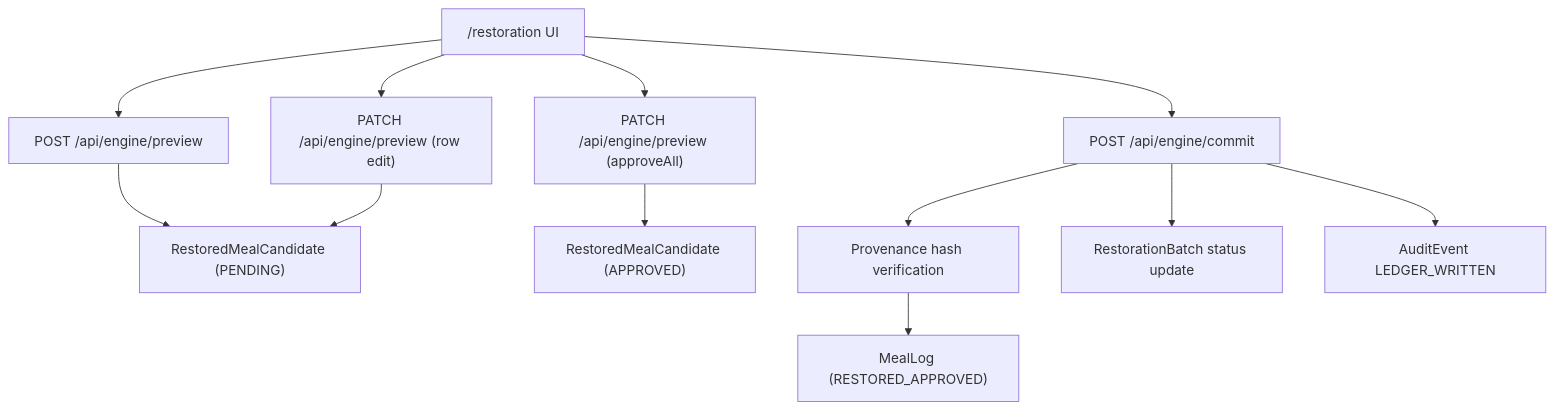
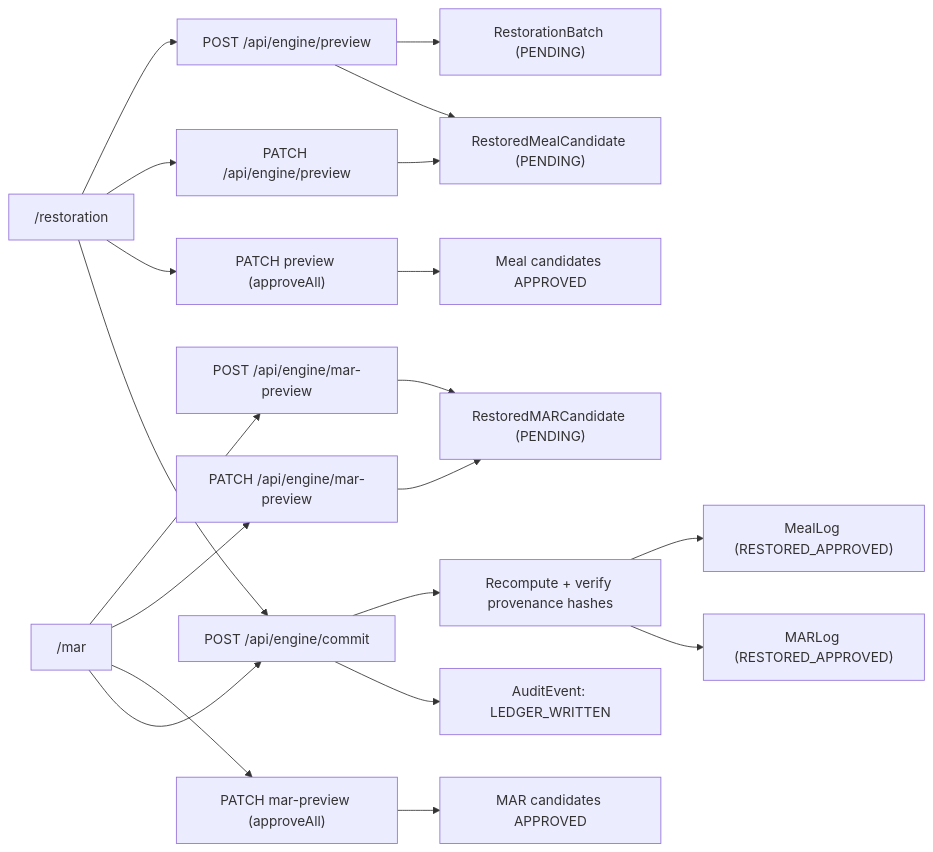
The first of 2 diagrams in src/docs/ARCHITECTURE_REFERENCE.md (gUBII/chartgen), drawn with Mermaid before and after one commit. The commit also changed other lines of this file and 7 other files, not shown here.

````diff
--- a/src/docs/ARCHITECTURE_REFERENCE.md
+++ b/src/docs/ARCHITECTURE_REFERENCE.md
@@ -105,14 +46,29 @@
 ```mermaid
-flowchart TD
-    UI["/restoration UI"] --> GEN["POST /api/engine/preview"]
-    GEN --> CAND["RestoredMealCandidate (PENDING)"]
-    UI --> EDIT["PATCH /api/engine/preview (row edit)"]
-    EDIT --> CAND
-    UI --> APPROVE["PATCH /api/engine/preview (approveAll)"]
-    APPROVE --> CANDAPP["RestoredMealCandidate (APPROVED)"]
-    UI --> COMMIT["POST /api/engine/commit"]
-    COMMIT --> VERIFY["Provenance hash verification"]
-    VERIFY --> LEDGER["MealLog (RESTORED_APPROVED)"]
-    COMMIT --> BATCH["RestorationBatch status update"]
-    COMMIT --> AUDIT["AuditEvent LEDGER_WRITTEN"]
+flowchart LR
+    UI_MEAL["/restoration"] --> PREVIEW_MEAL["POST /api/engine/preview"]
+    UI_MAR["/mar"] --> PREVIEW_MAR["POST /api/engine/mar-preview"]
+
+    PREVIEW_MEAL --> BATCH["RestorationBatch (PENDING)"]
+    PREVIEW_MEAL --> CAND_MEAL["RestoredMealCandidate (PENDING)"]
+    PREVIEW_MAR --> CAND_MAR["RestoredMARCandidate (PENDING)"]
+
+    UI_MEAL --> PATCH_MEAL["PATCH /api/engine/preview"]
+    UI_MAR --> PATCH_MAR["PATCH /api/engine/mar-preview"]
+
+    PATCH_MEAL --> CAND_MEAL
+    PATCH_MAR --> CAND_MAR
+
+    UI_MEAL --> APPROVE_MEAL["PATCH preview (approveAll)"]
+    UI_MAR --> APPROVE_MAR["PATCH mar-preview (approveAll)"]
+
+    APPROVE_MEAL --> CAND_MEAL_APPROVED["Meal candidates APPROVED"]
+    APPROVE_MAR --> CAND_MAR_APPROVED["MAR candidates APPROVED"]
+
+    UI_MEAL --> COMMIT["POST /api/engine/commit"]
+    UI_MAR --> COMMIT
+
+    COMMIT --> VERIFY["Recompute + verify provenance hashes"]
+    VERIFY --> MEAL_LOG["MealLog (RESTORED_APPROVED)"]
+    VERIFY --> MAR_LOG["MARLog (RESTORED_APPROVED)"]
+    COMMIT --> AUDIT["AuditEvent: LEDGER_WRITTEN"]
 ```
````
